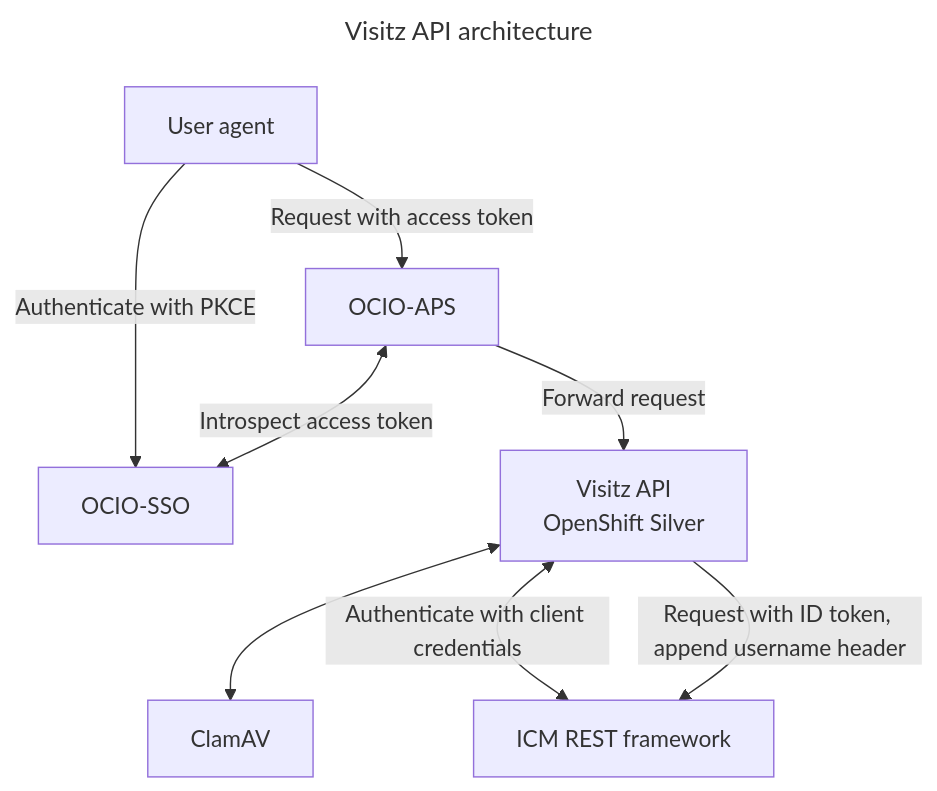
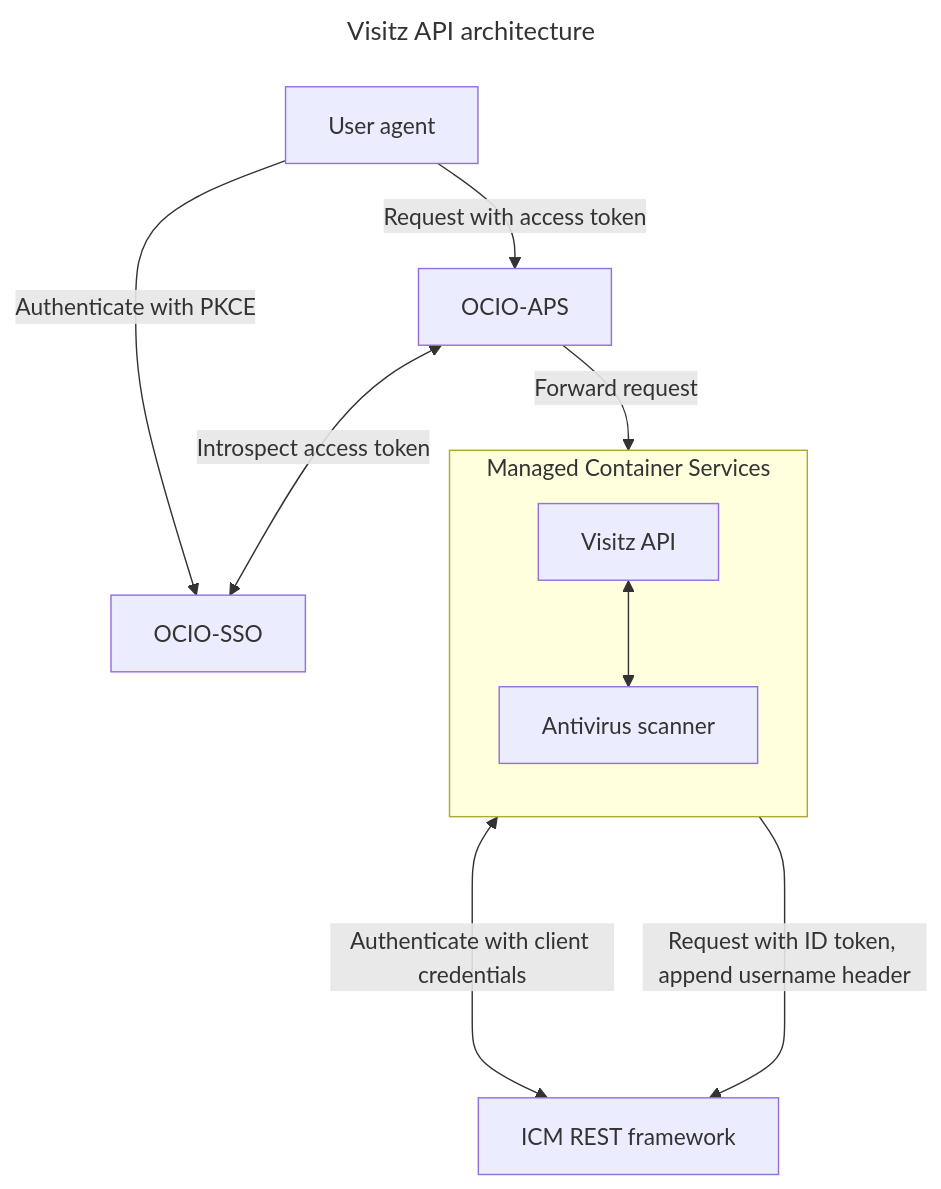
The diagram in docs/design/architecture.md (bcgov/visitz-api), drawn with Mermaid before and after one commit. The commit also changed other lines of this file, not shown here.

Commit message:
Use more generic naming

````diff
--- a/docs/design/architecture.md
+++ b/docs/design/architecture.md
@@ -1,13 +1,26 @@
 ```mermaid
 ---
 title: Visitz API architecture
 ---
 flowchart TD
-    User[User agent] --> |Authenticate with PKCE| Keycloak[OCIO-SSO]
-    User --> |Request with access token| Kong[OCIO-APS]
-    Kong <--> |Introspect access token| Keycloak
-    Kong --> |Forward request| Vpi[Visitz API<br/>OpenShift Silver]
-    Vpi <--> ClamAV
-    Vpi <--> |Authenticate with client credentials| Icm[ICM REST framework]
-    Vpi --> |Request with ID token, append username header| Icm
+  User[User agent]
+  IdBroker[OCIO-SSO]
+  RevProxy[OCIO-APS]
+  Vpi[Visitz API]
+  Av[Antivirus scanner]
+  Icm[ICM REST framework]
+
+  User --> |Authenticate with PKCE| IdBroker
+  User --> |Request with access token| RevProxy
+
+  RevProxy <--> |Introspect access token| IdBroker
+  RevProxy --> |Forward request| Container
+
+  subgraph Container["Managed Container Services"]
+    direction TB
+    Vpi <--> Av
+  end
+
+  Vpi <--> |Authenticate with client credentials| Icm
+  Vpi ----> |Request with ID token, append username header| Icm
 ```
````
